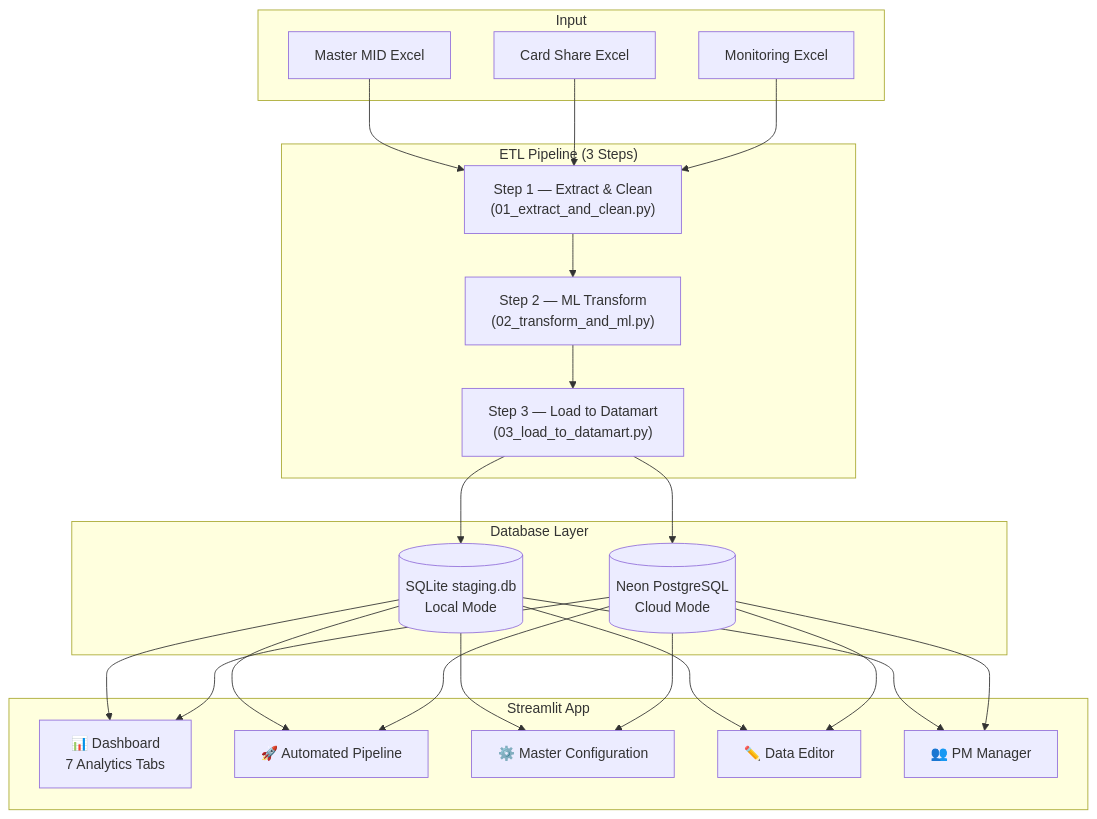
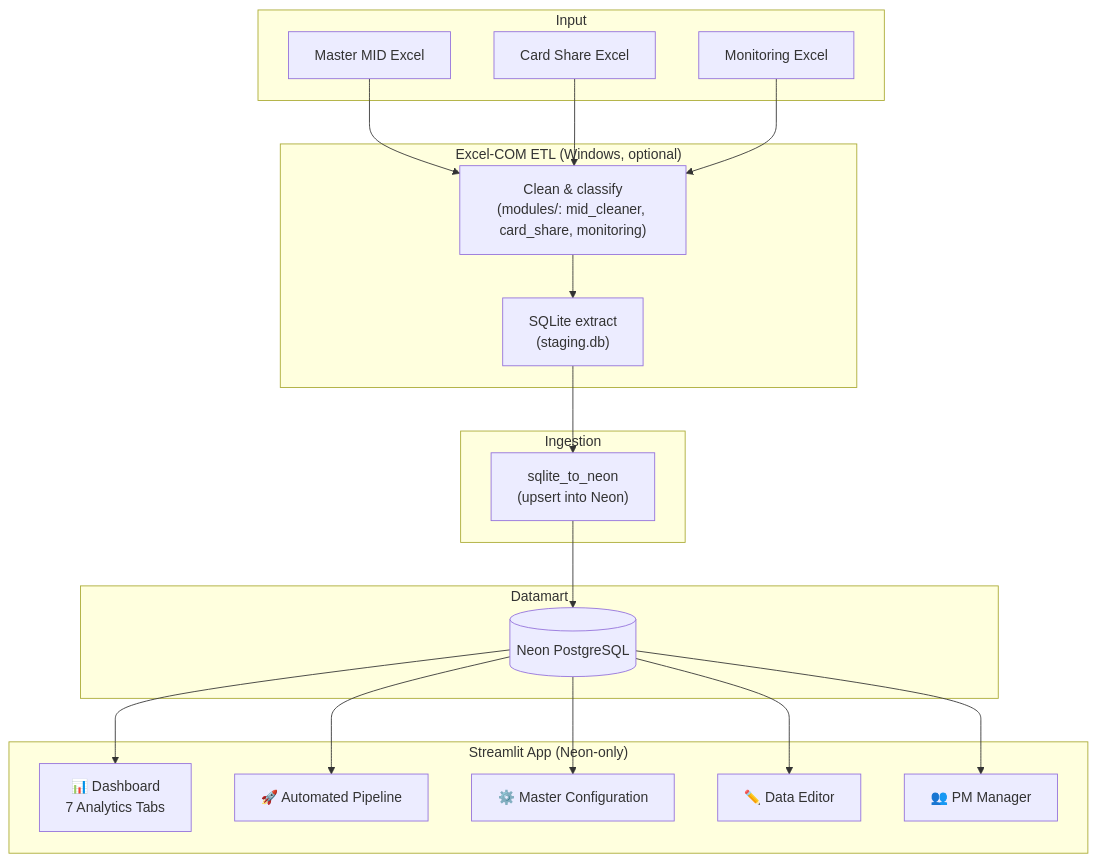
Before and after one commit to marvelkn/AnchorAutomationDashboard: the diagram in README.md, drawn with Mermaid. The commit also changed other lines of this file and 9 other files, not shown here.

First line of the commit message:
refactor(ml): extract testable ML engine; harden ingest, logging, and docs

````diff
--- a/README.md
+++ b/README.md
@@ -58,32 +60,32 @@
 ```mermaid
 graph TD
     subgraph Input
         A1[Master MID Excel]
         A2[Card Share Excel]
         A3[Monitoring Excel]
     end
 
-    subgraph ETL["ETL Pipeline (3 Steps)"]
-        B1["Step 1 — Extract & Clean\n(01_extract_and_clean.py)"]
-        B2["Step 2 — ML Transform\n(02_transform_and_ml.py)"]
-        B3["Step 3 — Load to Datamart\n(03_load_to_datamart.py)"]
+    subgraph ETL["Excel-COM ETL (Windows, optional)"]
+        B1["Clean & classify\n(modules/: mid_cleaner, card_share, monitoring)"]
+        B2["SQLite extract\n(staging.db)"]
     end
 
-    subgraph DB["Database Layer"]
-        C1[(SQLite staging.db\nLocal Mode)]
-        C2[(Neon PostgreSQL\nCloud Mode)]
+    subgraph Ingest["Ingestion"]
+        I1["sqlite_to_neon\n(upsert into Neon)"]
     end
 
-    subgraph App["Streamlit App"]
+    subgraph DB["Datamart"]
+        C2[(Neon PostgreSQL)]
+    end
+
+    subgraph App["Streamlit App (Neon-only)"]
         D1[📊 Dashboard\n7 Analytics Tabs]
         D2[🚀 Automated Pipeline]
         D3[⚙️ Master Configuration]
         D4[✏️ Data Editor]
         D5[👥 PM Manager]
     end
 
-    A1 & A2 & A3 --> B1 --> B2 --> B3
-    B3 --> C1
-    B3 --> C2
-    C1 & C2 --> D1 & D2 & D3 & D4 & D5
+    A1 & A2 & A3 --> B1 --> B2 --> I1 --> C2
+    C2 --> D1 & D2 & D3 & D4 & D5
 ```
````
